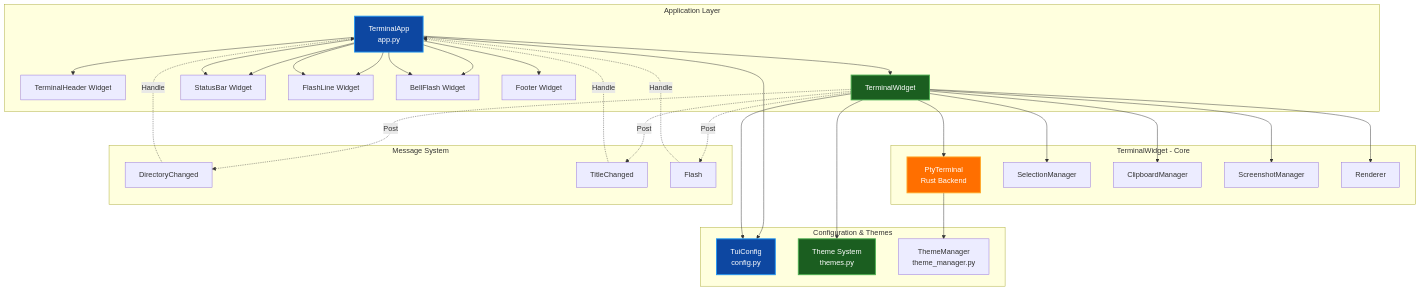
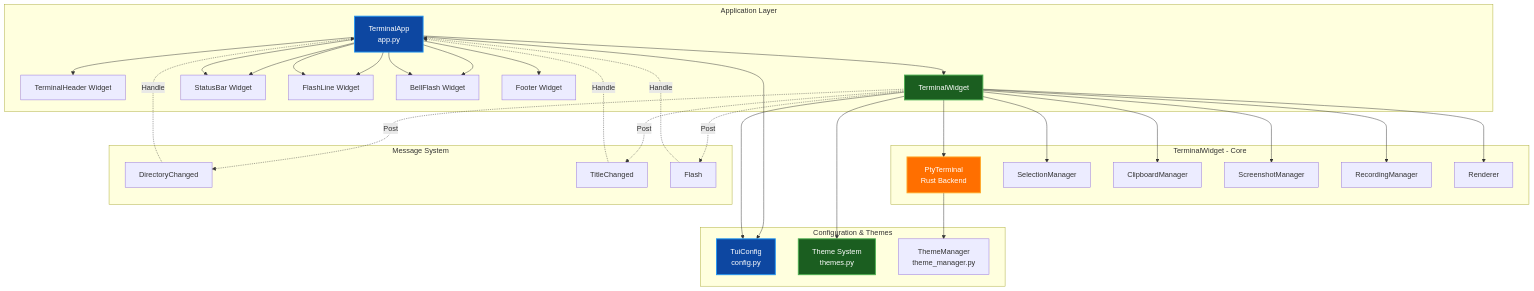
One commit to paulrobello/par-term-emu-tui-rust changed the seventh of 7 diagrams in docs/ARCHITECTURE.md. Above: the diagram before and after it, drawn with Mermaid. The commit also changed other lines of this file and 32 other files, not shown here.

````diff
--- a/docs/ARCHITECTURE.md
+++ b/docs/ARCHITECTURE.md
@@ -1306,55 +1449,56 @@
 ```mermaid
 graph TB
     subgraph "Application Layer"
         App[TerminalApp<br/>app.py]
         App --> Header[TerminalHeader Widget]
         App --> Term[TerminalWidget]
         App --> Status[StatusBar Widget]
         App --> Flash[FlashLine Widget]
         App --> Bell[BellFlash Widget]
         App --> Footer[Footer Widget]
     end
 
     subgraph "TerminalWidget - Core"
         Term --> PTY[PtyTerminal<br/>Rust Backend]
         Term --> Sel[SelectionManager]
         Term --> Clip[ClipboardManager]
         Term --> Shot[ScreenshotManager]
+        Term --> Rec[RecordingManager]
         Term --> Rend[Renderer]
     end
 
     subgraph "Configuration & Themes"
         Config[TuiConfig<br/>config.py]
         Themes[Theme System<br/>themes.py]
         ThemeMan[ThemeManager<br/>theme_manager.py]
     end
 
     subgraph "Message System"
         Msg1[DirectoryChanged]
         Msg2[TitleChanged]
         Msg3[Flash]
     end
 
     App --> Config
     Term --> Config
     Term --> Themes
     PTY --> ThemeMan
 
     Term -.Post.-> Msg1
     Term -.Post.-> Msg2
     Term -.Post.-> Msg3
 
     Msg1 -.Handle.-> App
     Msg2 -.Handle.-> App
     Msg3 -.Handle.-> App
 
     App --> Status
     App --> Flash
     App --> Bell
 
     style App fill:#0d47a1,stroke:#2196f3,stroke-width:2px,color:#ffffff
     style Term fill:#1b5e20,stroke:#4caf50,stroke-width:2px,color:#ffffff
     style PTY fill:#ff6f00,stroke:#ffa726,stroke-width:2px,color:#ffffff
     style Config fill:#0d47a1,stroke:#2196f3,stroke-width:2px,color:#ffffff
     style Themes fill:#1b5e20,stroke:#4caf50,stroke-width:2px,color:#ffffff
 ```
````
